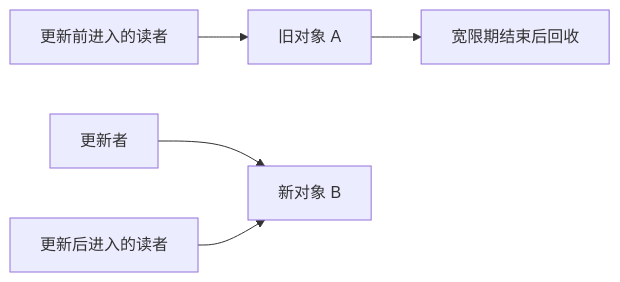
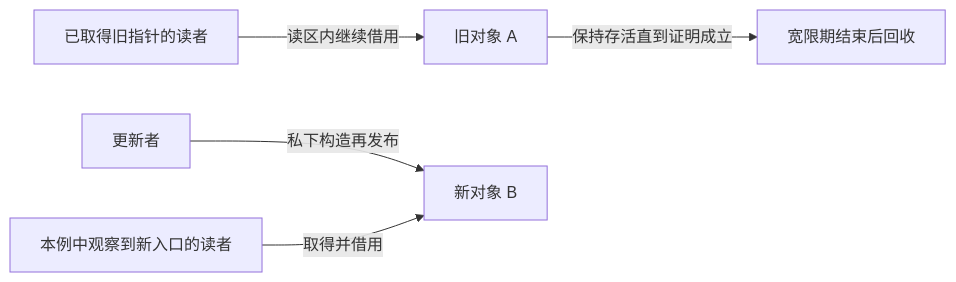
The seventh of 10 diagrams in knowledge/linux/synchronization_and_asynchrony/synchronization/rcu/P01_为什么需要_RCU.md (FormingSystem/linux_note), drawn with Mermaid before and after one commit. The commit also changed other lines of this file and 6 other files, not shown here.

````diff
--- a/knowledge/linux/synchronization_and_asynchrony/synchronization/rcu/P01_为什么需要_RCU.md
+++ b/knowledge/linux/synchronization_and_asynchrony/synchronization/rcu/P01_为什么需要_RCU.md
@@ -294,7 +300,7 @@
 ```mermaid
 flowchart LR
-    R1[更新前进入的读者] --> A[旧对象 A]
-    W[更新者] --> B[新对象 B]
-    R2[更新后进入的读者] --> B
-    A --> GP[宽限期结束后回收]
+    R1[已取得旧指针的读者] -->|读区内继续借用| A[旧对象 A]
+    W[更新者] -->|私下构造再发布| B[新对象 B]
+    R2[本例中观察到新入口的读者] -->|取得并借用| B
+    A -->|保持存活直到证明成立| GP[宽限期结束后回收]
 ```
````
